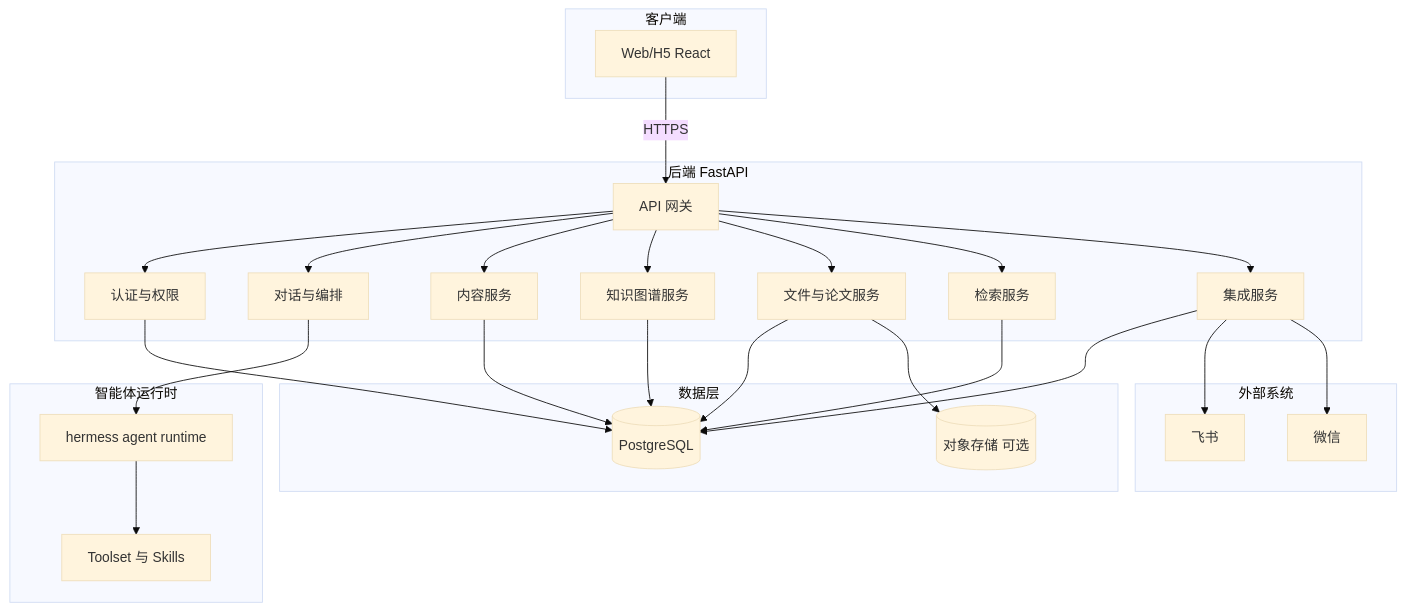
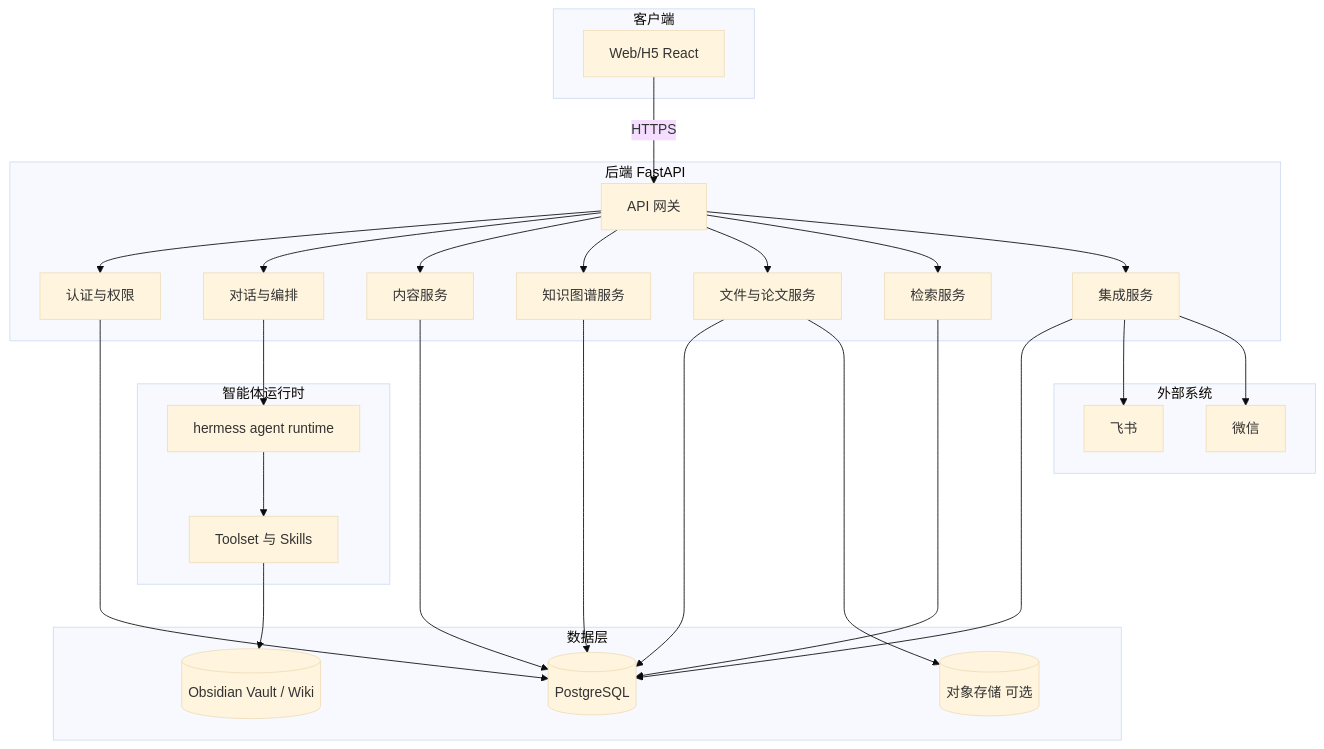
Before and after one commit to jiezho/DDUP: the first of 5 diagrams in DDUP技术方案.md, drawn with Mermaid (base theme). The commit also changed other lines of this file and 42 other files, not shown here.

Commit message:
feat: integrate obsidian wiki pipeline and responsive display mode

````diff
--- a/DDUP技术方案.md
+++ b/DDUP技术方案.md
@@ -29,55 +29,57 @@
 ```mermaid
 flowchart TB
   subgraph Client[客户端]
     Web[Web/H5 React]
   end
 
   subgraph API[后端 FastAPI]
     GW[API 网关]
     Auth[认证与权限]
     Chat[对话与编排]
     Content[内容服务]
     Graph[知识图谱服务]
     Files[文件与论文服务]
     Search[检索服务]
     Integrations[集成服务]
   end
 
   subgraph Runtime[智能体运行时]
     Hermes[hermess agent runtime]
     Tools[Toolset 与 Skills]
   end
 
   subgraph Data[数据层]
     PG[(PostgreSQL)]
     OBJ[(对象存储 可选)]
+    Wiki[(Obsidian Vault / Wiki)]
   end
 
   subgraph Ext[外部系统]
     Feishu[飞书]
     WeChat[微信]
   end
 
   Web -->|HTTPS| GW
 
   GW --> Auth
   GW --> Chat
   GW --> Content
   GW --> Graph
   GW --> Files
   GW --> Search
   GW --> Integrations
 
   Chat --> Hermes
   Hermes --> Tools
 
   Auth --> PG
   Content --> PG
   Graph --> PG
   Files --> PG
   Search --> PG
   Integrations --> PG
   Files --> OBJ
+  Tools --> Wiki
   Integrations --> Feishu
   Integrations --> WeChat
 ```
````
